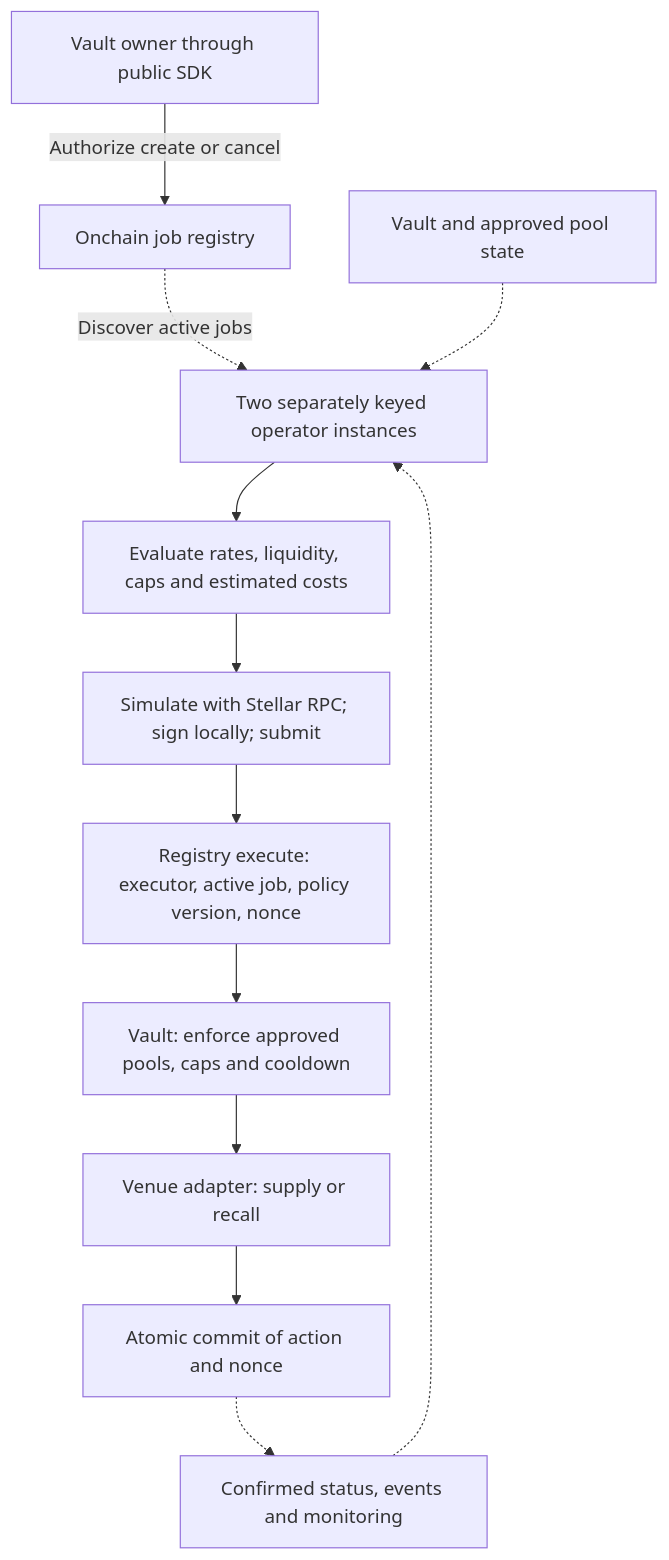
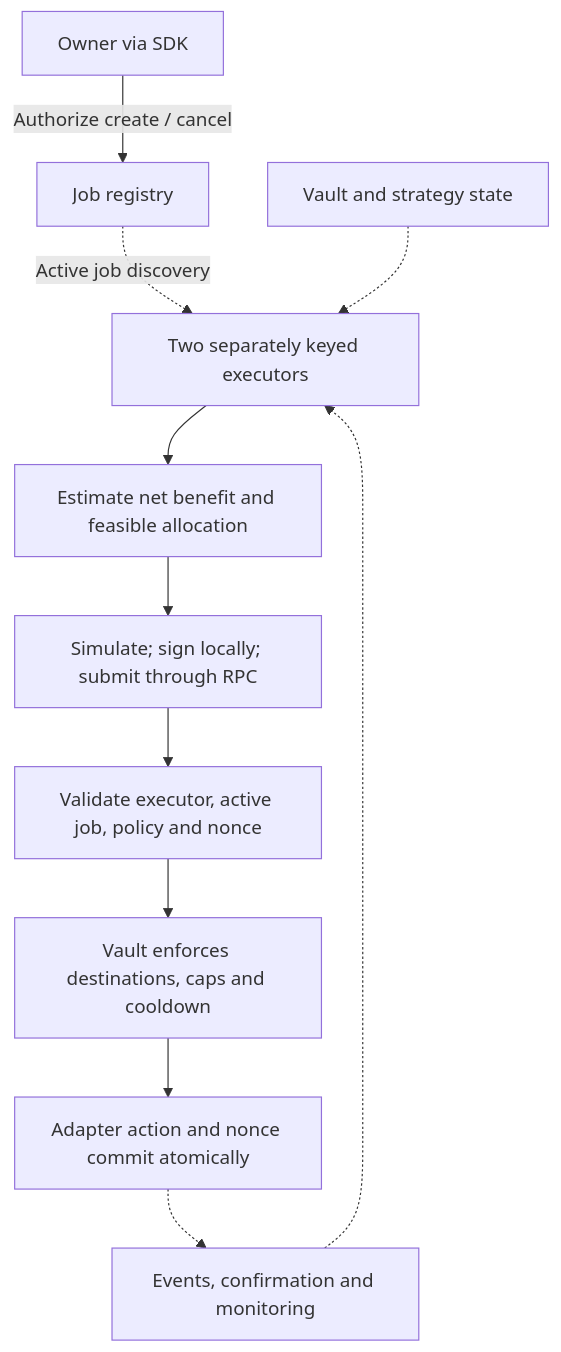
One commit to dittonetwork/stellar-automation changed the second of 2 diagrams in docs/architecture.md. Above: the diagram before and after it, drawn with Mermaid. The commit also changed other lines of this file and 8 other files, not shown here.

Commit message:
Align Stellar grant docs with 96k operator and Earn delivery plan

````diff
--- a/docs/architecture.md
+++ b/docs/architecture.md
@@ -52,14 +67,13 @@
 ```mermaid
 flowchart TD
-    D[Vault owner through public SDK] -->|Authorize create or cancel| R[Onchain job registry]
-    R -.->|Discover active jobs| O[Two separately keyed operator instances]
-    S[Vault and approved pool state] -.-> O
-    O --> E[Evaluate rates, liquidity, caps and estimated costs]
-    E --> T[Simulate with Stellar RPC; sign locally; submit]
-    T --> X[Registry execute: executor, active job, policy version, nonce]
-    X --> V[Vault: enforce approved pools, caps and cooldown]
-    V --> P[Venue adapter: supply or recall]
-    P --> A[Atomic commit of action and nonce]
-    A -.-> M[Confirmed status, events and monitoring]
+    D[Owner via SDK] -->|Authorize create / cancel| R[Job registry]
+    R -.->|Active job discovery| O[Two separately keyed executors]
+    S[Vault and strategy state] -.-> O
+    O --> E[Estimate net benefit and feasible allocation]
+    E --> T[Simulate; sign locally; submit through RPC]
+    T --> X[Validate executor, active job, policy and nonce]
+    X --> V[Vault enforces destinations, caps and cooldown]
+    V --> A[Adapter action and nonce commit atomically]
+    A -.-> M[Events, confirmation and monitoring]
     M -.-> O
 ```
````
